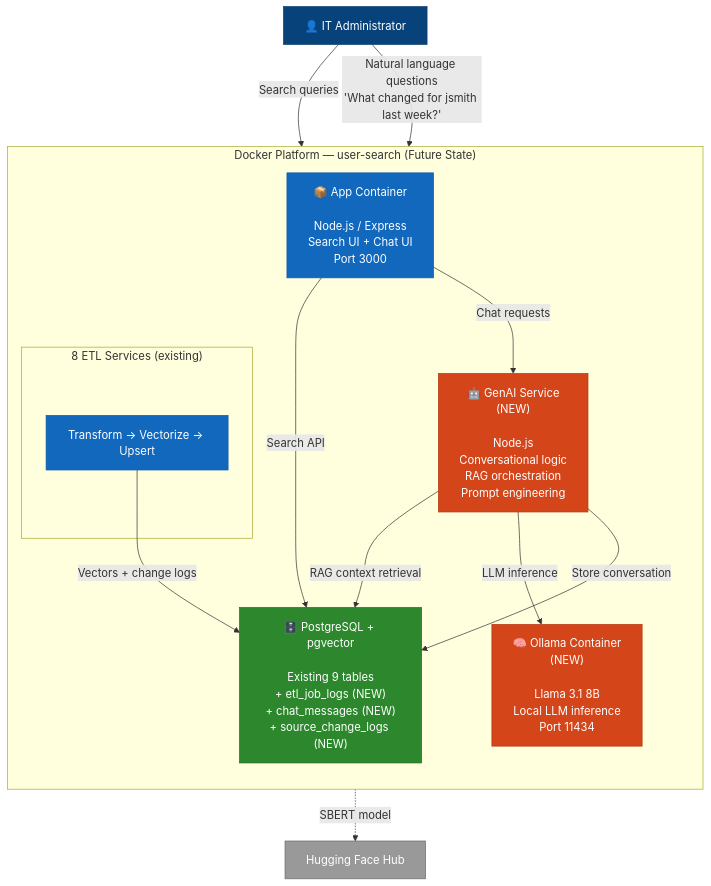
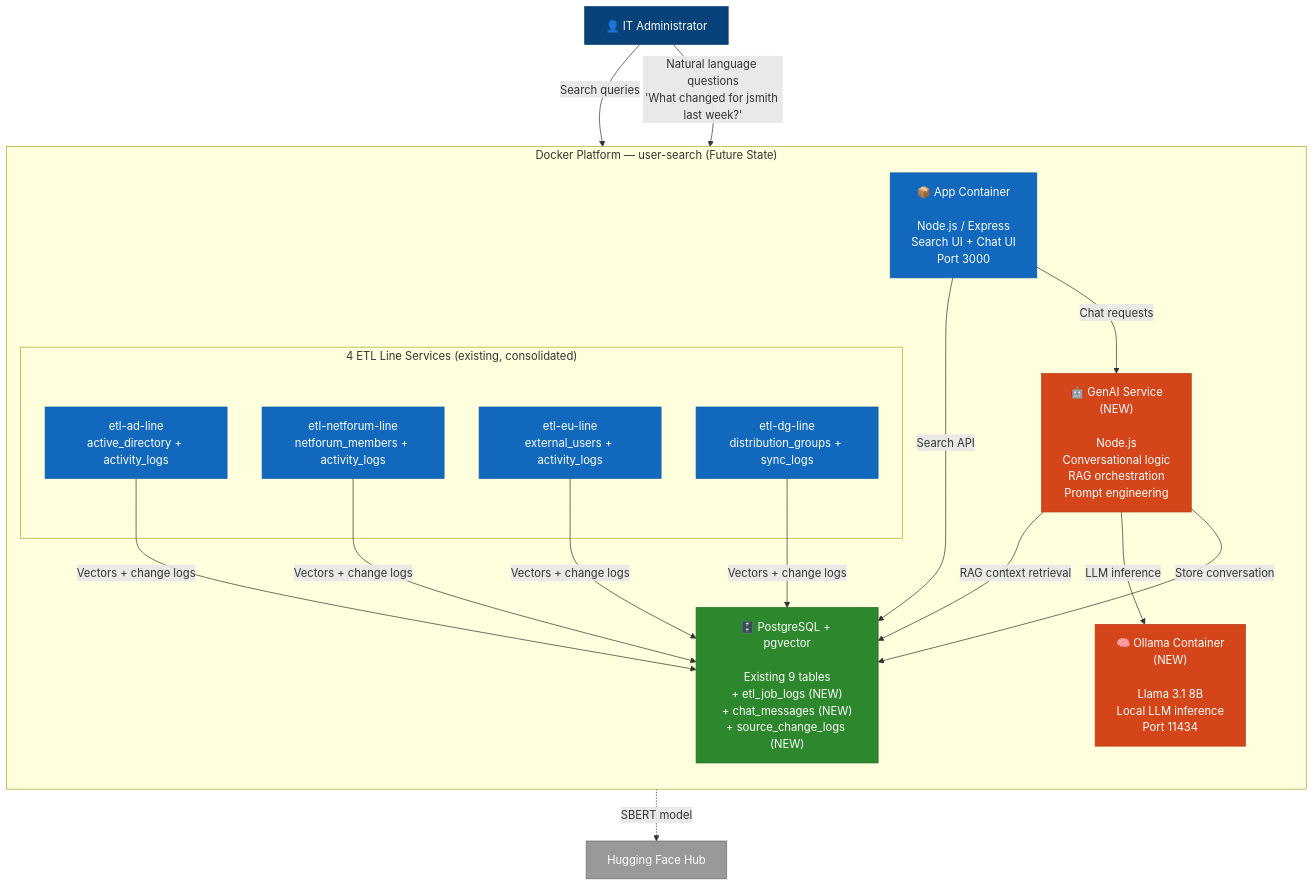
Before and after one commit to sjackshaw/user-search: the diagram in docs/diagrams/genai-target-architecture.md, drawn with Mermaid. The commit also changed 8 other files, not shown here.

First line of the commit message:
feat: Implement ETL job logging and change detection across services

````diff
--- a/docs/diagrams/genai-target-architecture.md
+++ b/docs/diagrams/genai-target-architecture.md
@@ -5,38 +5,44 @@
 ```mermaid
 graph TB
     classDef person fill:#08427B,stroke:#073B6F,color:#fff
     classDef existing fill:#1168BD,stroke:#0E5BA7,color:#fff
     classDef new fill:#D4451A,stroke:#B83A15,color:#fff
     classDef database fill:#2D882D,stroke:#226622,color:#fff
     classDef external fill:#999999,stroke:#6B6B6B,color:#fff
 
     User["👤 IT Administrator"]:::person
 
     subgraph DockerPlatform [" Docker Platform — user-search (Future State) "]
         direction TB
 
         App["📦 App Container<br/><br/>Node.js / Express<br/>Search UI + Chat UI<br/>Port 3000"]:::existing
 
         GenAI["🤖 GenAI Service<br/>(NEW)<br/><br/>Node.js<br/>Conversational logic<br/>RAG orchestration<br/>Prompt engineering"]:::new
 
         Ollama["🧠 Ollama Container<br/>(NEW)<br/><br/>Llama 3.1 8B<br/>Local LLM inference<br/>Port 11434"]:::new
 
         Postgres["🗄️ PostgreSQL + pgvector<br/><br/>Existing 9 tables<br/>+ etl_job_logs (NEW)<br/>+ chat_messages (NEW)<br/>+ source_change_logs (NEW)"]:::database
 
-        subgraph ETLServices [" 8 ETL Services (existing) "]
-            ETL["Transform → Vectorize → Upsert"]:::existing
+        subgraph ETLServices [" 4 ETL Line Services (existing, consolidated) "]
+            ETL_AD["etl-ad-line<br/>active_directory + activity_logs"]:::existing
+            ETL_NF["etl-netforum-line<br/>netforum_members + activity_logs"]:::existing
+            ETL_EU["etl-eu-line<br/>external_users + activity_logs"]:::existing
+            ETL_DG["etl-dg-line<br/>distribution_groups + sync_logs"]:::existing
         end
     end
 
     HF["Hugging Face Hub"]:::external
 
     User -->|"Search queries"| App
     User -->|"Natural language questions<br/>'What changed for jsmith last week?'"| App
     App -->|"Search API"| Postgres
     App -->|"Chat requests"| GenAI
     GenAI -->|"RAG context retrieval"| Postgres
     GenAI -->|"LLM inference"| Ollama
     GenAI -->|"Store conversation"| Postgres
-    ETL -->|"Vectors + change logs"| Postgres
+    ETL_AD -->|"Vectors + change logs"| Postgres
+    ETL_NF -->|"Vectors + change logs"| Postgres
+    ETL_EU -->|"Vectors + change logs"| Postgres
+    ETL_DG -->|"Vectors + change logs"| Postgres
     App -.->|"SBERT model"| HF
 ```
````
